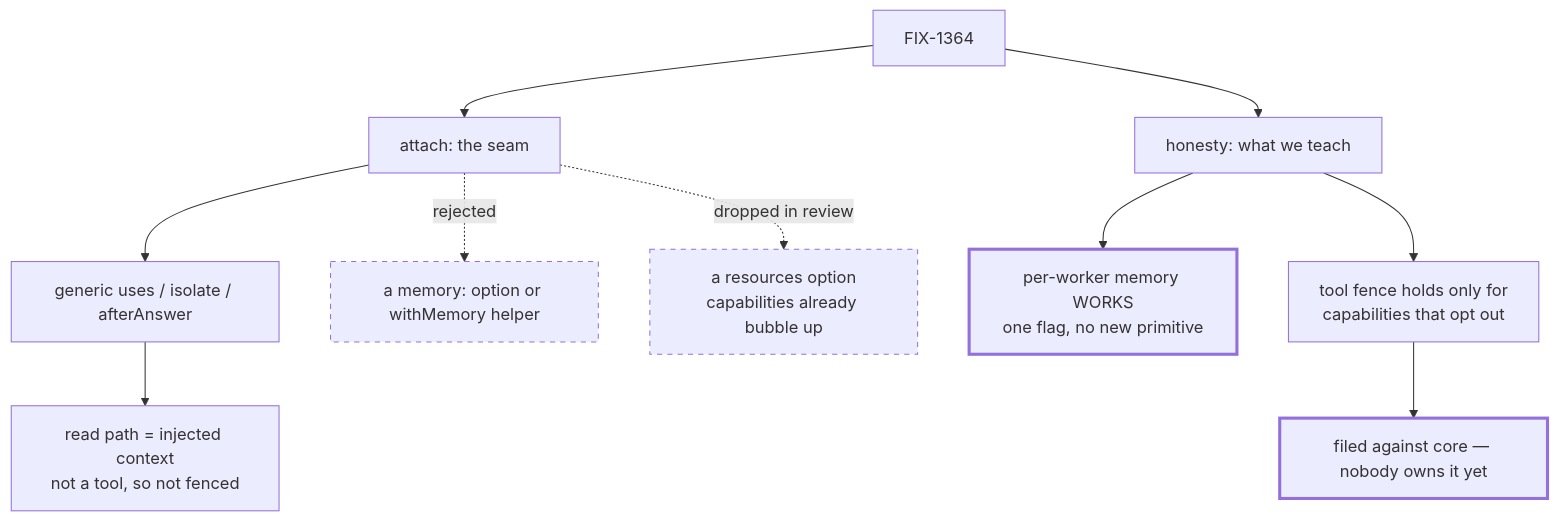
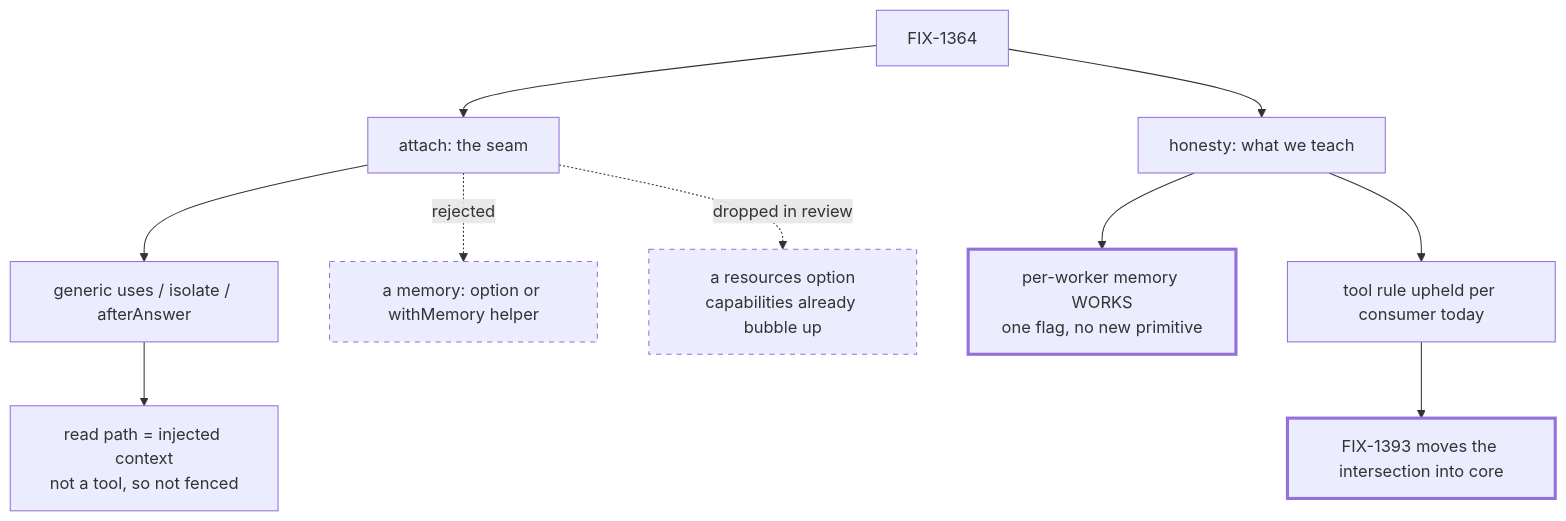
Before and after one commit to fixpoint-labs/flow-state-dev: the third of 3 diagrams in spec/FIX-1364.explainer.md, drawn with Mermaid. The commit also changed other lines of this file and 1 other file, not shown here.

First line of the commit message:
spec(FIX-1364): reference FIX-1393 and stop calling the tool rule a residue

````diff
--- a/spec/FIX-1364.explainer.md
+++ b/spec/FIX-1364.explainer.md
@@ -45,20 +45,20 @@
 ```mermaid
 flowchart TD
   Issue[FIX-1364] --> Attach[attach: the seam]
   Issue --> Honesty[honesty: what we teach]
 
   Attach --> Generic["generic uses / isolate / afterAnswer"]
   Attach -.->|rejected| Shaped["a memory: option or withMemory helper"]
   Attach -.->|dropped in review| Res["a resources option<br/>capabilities already bubble up"]
 
   Generic --> Read["read path = injected context<br/>not a tool, so not fenced"]
 
   Honesty --> Proved["per-worker memory WORKS<br/>one flag, no new primitive"]
-  Honesty --> Residue["tool fence holds only for<br/>capabilities that opt out"]
-  Residue --> Core[filed against core — nobody owns it yet]
+  Honesty --> Fence["tool rule upheld per consumer today"]
+  Fence --> Core["FIX-1393 moves the intersection into core"]
 
   classDef rejected stroke-dasharray: 5 5
   classDef finding stroke-width:3px
   class Shaped,Res rejected
   class Proved,Core finding
 ```
````
